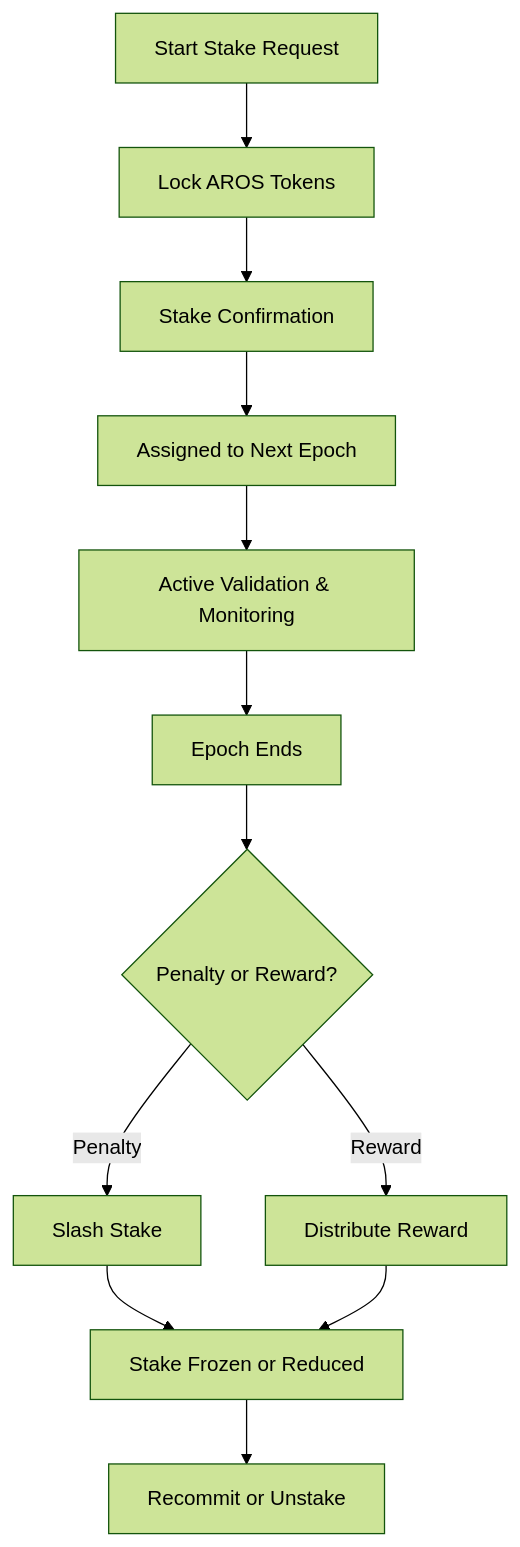
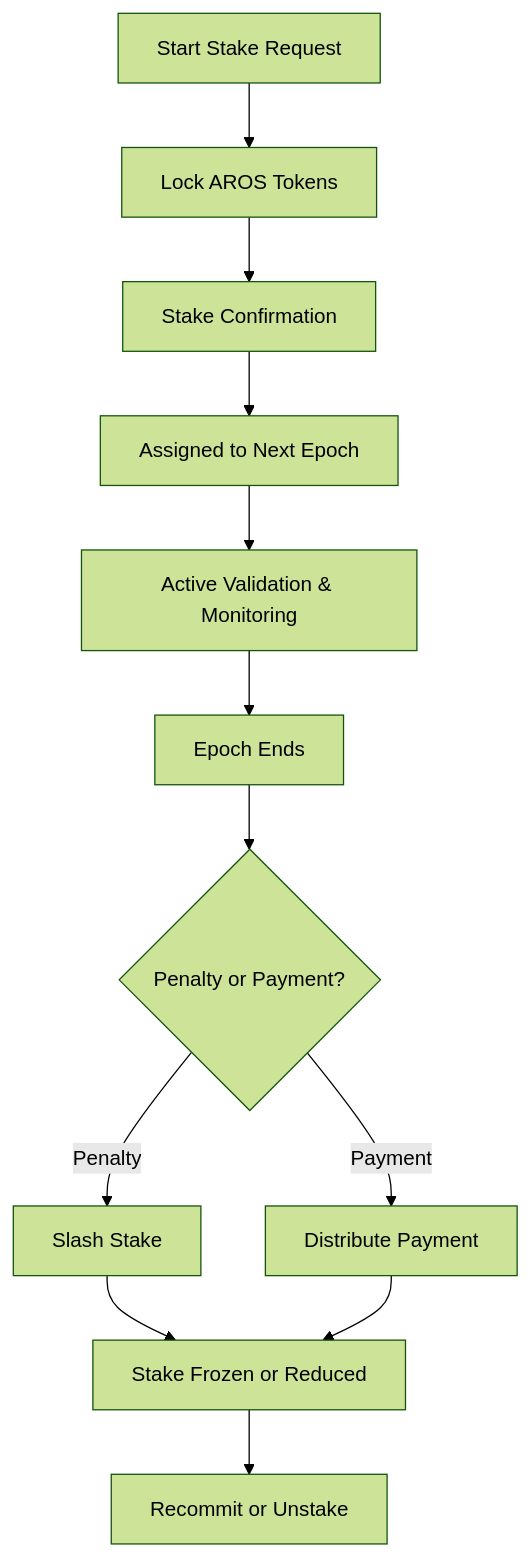
The diagram in 11_validator_staking_and_payments/staking_overview.md (Aros-Technology-Studio/AST-Aros-Financial-Paradigm), drawn with Mermaid (forest theme) before and after one commit. The commit also changed other lines of this file and 10 other files, not shown here.

````diff
--- a/11_validator_staking_and_payments/staking_overview.md
+++ b/11_validator_staking_and_payments/staking_overview.md
@@ -54,15 +54,15 @@
 ```mermaid
 flowchart TD
     A[Start Stake Request] --> B[Lock AROS Tokens]
     B --> C[Stake Confirmation]
     C --> D[Assigned to Next Epoch]
     D --> E[Active Validation & Monitoring]
     E --> F[Epoch Ends]
-    F --> G{Penalty or Reward?}
+    F --> G{Penalty or Payment?}
     G -- Penalty --> H[Slash Stake]
-    G -- Reward --> I[Distribute Reward]
+    G -- Payment --> I[Distribute Payment]
     H --> J[Stake Frozen or Reduced]
     I --> J
     J --> K[Recommit or Unstake]
 
 ```
````
